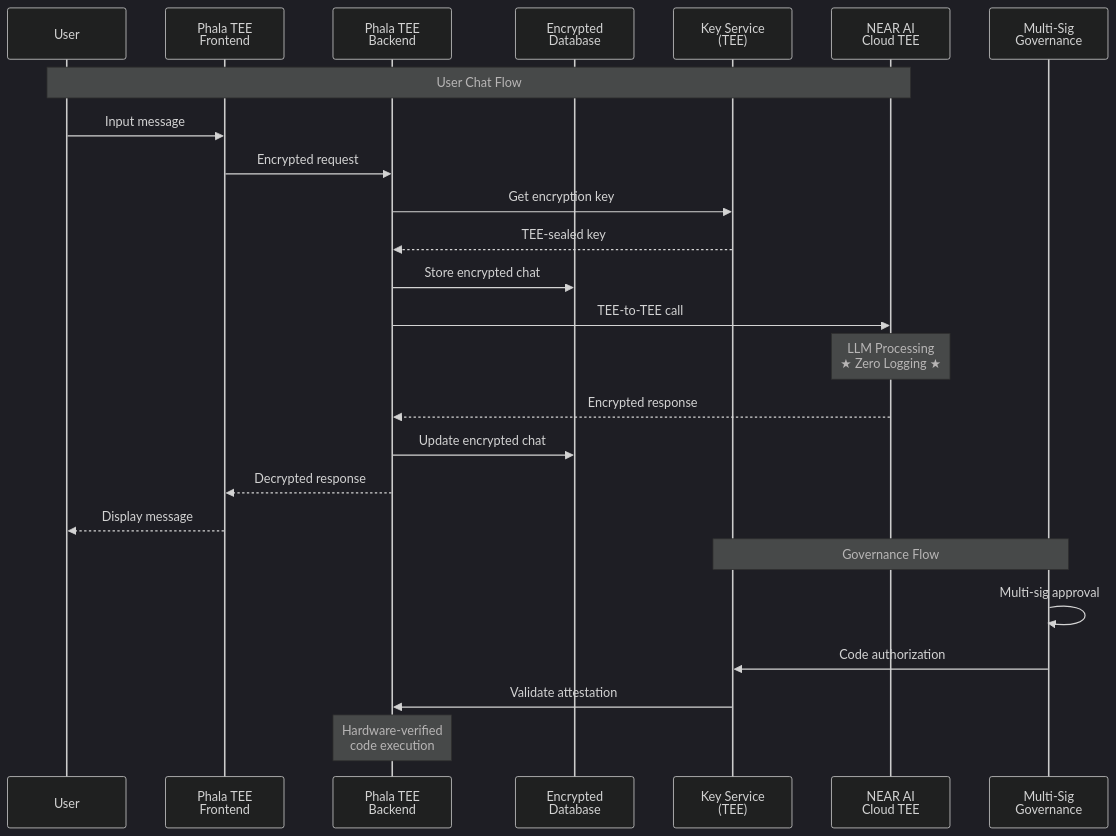
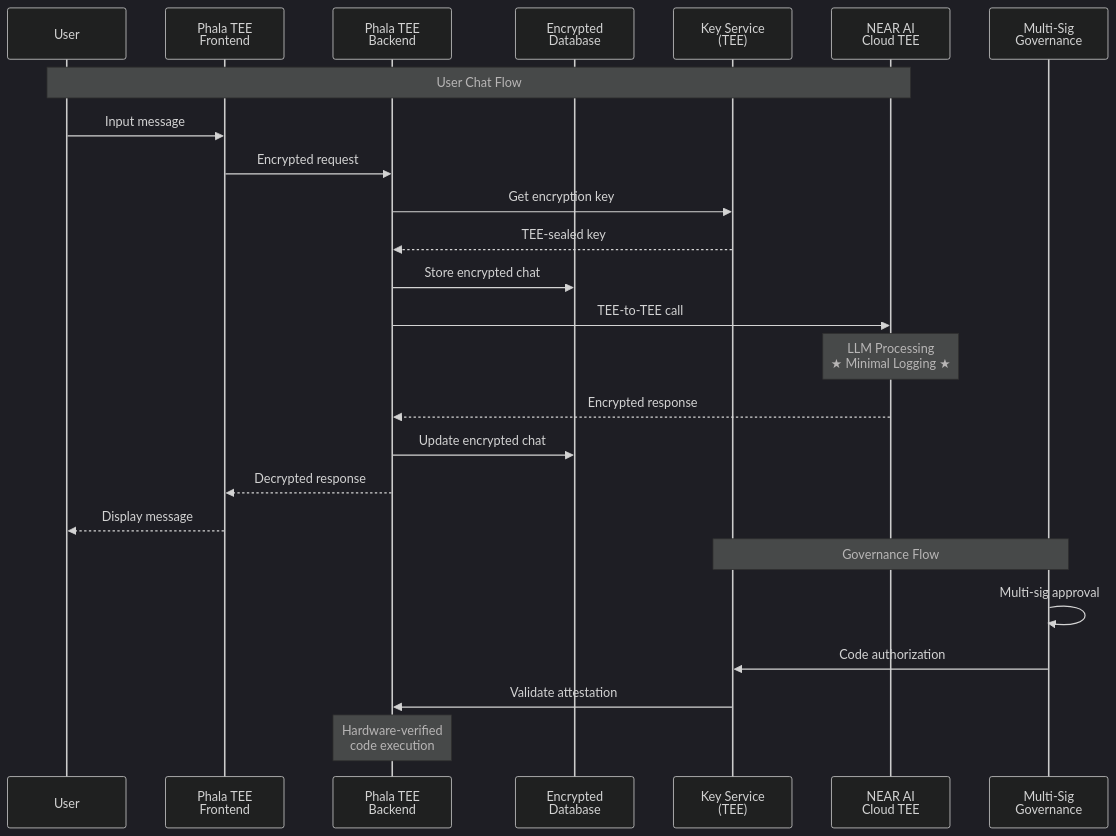
Before and after one commit to nearai-cloud/private-chat: the diagram in docs/private-chat/arch.md, drawn with Mermaid (dark theme). The commit also changed other lines of this file and 1 other file, not shown here.

````diff
--- a/docs/private-chat/arch.md
+++ b/docs/private-chat/arch.md
@@ -37,29 +37,29 @@
 ```mermaid
 sequenceDiagram
     participant User
     participant Frontend as Phala TEE<br/>Frontend
     participant Backend as Phala TEE<br/>Backend
     participant DB as Encrypted<br/>Database
     participant KMS as Key Service<br/>(TEE)
     participant AI as NEAR AI<br/>Cloud TEE
     participant Gov as Multi-Sig<br/>Governance
 
     Note over User,AI: User Chat Flow
     User->>Frontend: Input message
     Frontend->>Backend: Encrypted request
     Backend->>KMS: Get encryption key
     KMS-->>Backend: TEE-sealed key
     Backend->>DB: Store encrypted chat
     Backend->>AI: TEE-to-TEE call
-    Note over AI: LLM Processing<br/>★ Zero Logging ★
+    Note over AI: LLM Processing<br/>★ Minimal Logging ★
     AI-->>Backend: Encrypted response
     Backend->>DB: Update encrypted chat
     Backend-->>Frontend: Decrypted response
     Frontend-->>User: Display message
 
     Note over Gov,KMS: Governance Flow
     Gov->>Gov: Multi-sig approval
     Gov->>KMS: Code authorization
     KMS->>Backend: Validate attestation
     Note over Backend: Hardware-verified<br/>code execution
 ```
````
